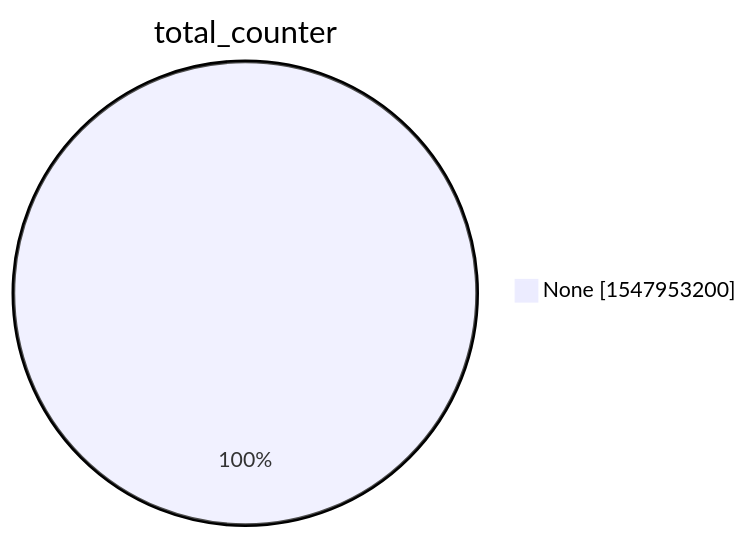
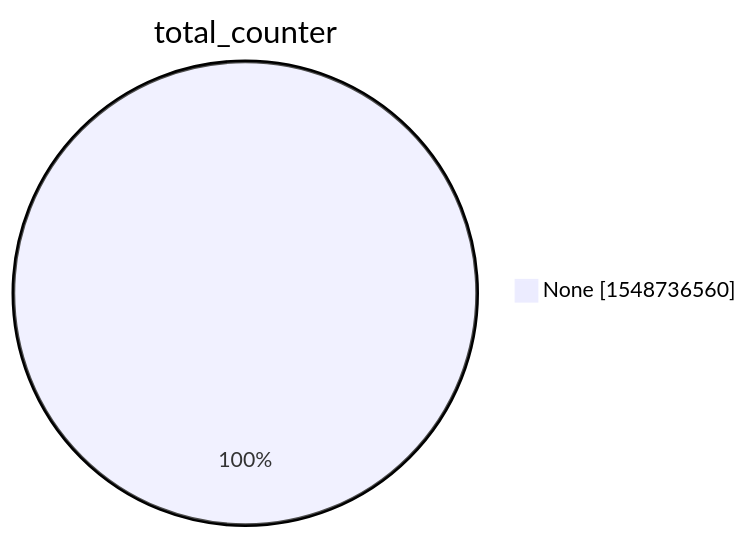
Before and after one commit to christiankrug/ctmonitor_visualization: the second of 15 diagrams in xenon2022/README.md, drawn with Mermaid. The commit also changed other lines of this file, not shown here.

````diff
--- a/xenon2022/README.md
+++ b/xenon2022/README.md
@@ -9,5 +9,5 @@
 ```mermaid
 pie showData
 title total_counter
-"None" :1547953200
+"None" :1548736560
 ```
````
